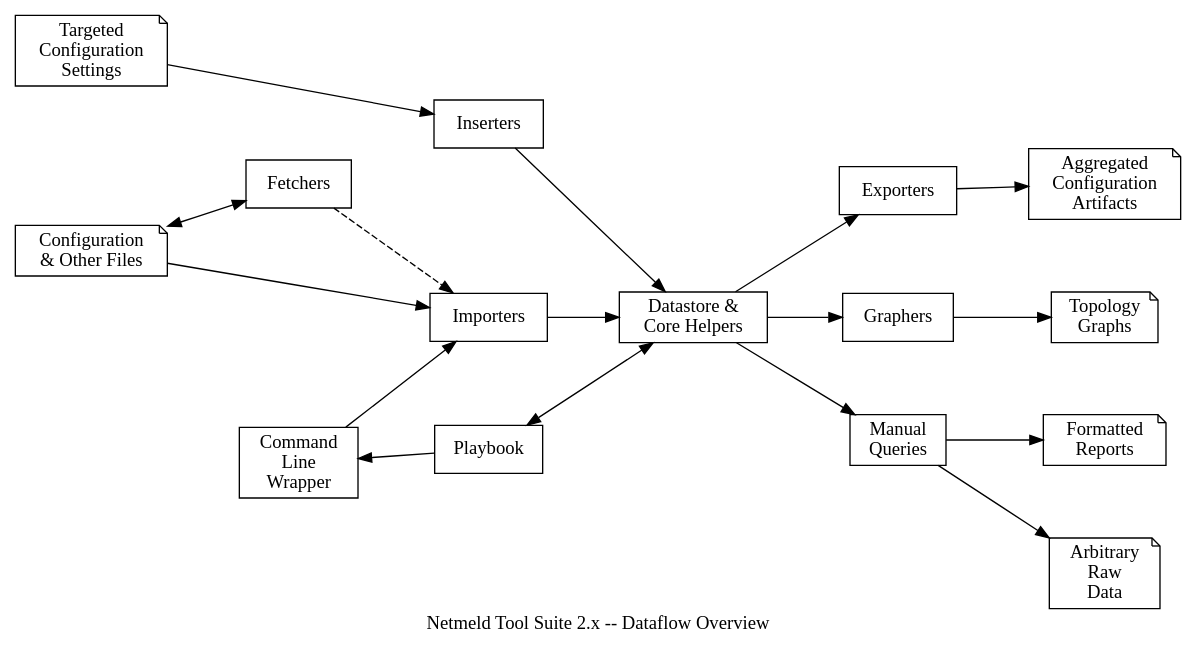
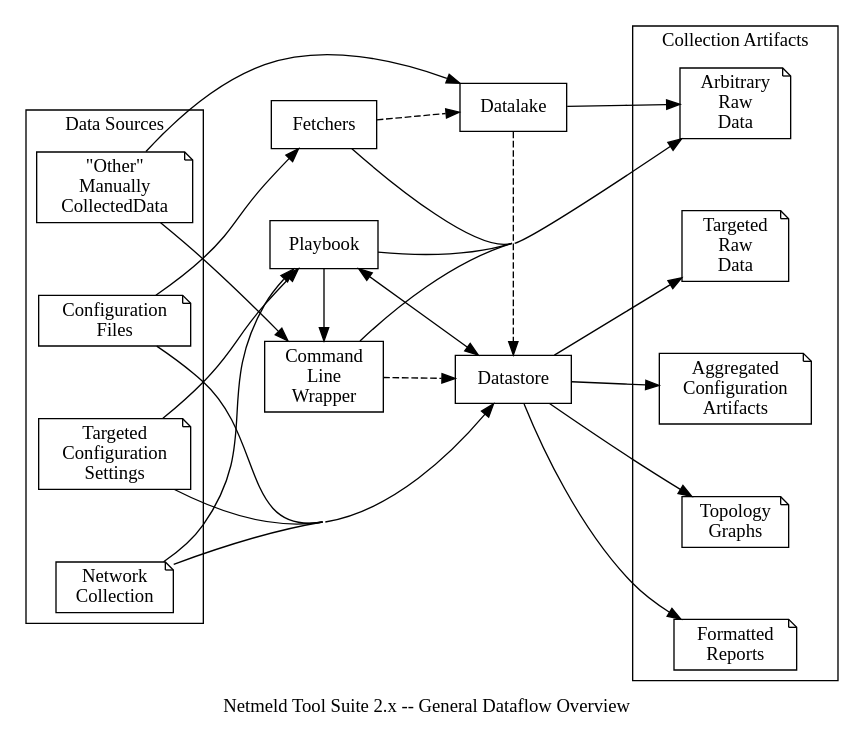
One commit to netmeld/netmeld changed the diagram in docs/netmeld-overview.dot. Above: the diagram before and after it, drawn with Graphviz. The commit also changed 4 other files, not shown here.

```diff
--- a/docs/netmeld-overview.dot
+++ b/docs/netmeld-overview.dot
@@ -1,70 +1,72 @@
 digraph netmeld {
   rankdir=LR;
   nodesep=0.75;
   ranksep=0.75;
   newrank=true;
   splines=spline;
+  compound=true;
+  concentrate=true;
 
-  label="Netmeld Tool Suite 2.x -- Dataflow Overview";
+  label="Netmeld Tool Suite 2.x -- General Dataflow Overview";
 
 
-  { // Sources
+  subgraph cluster_sources {
+    label="Data Sources";
     rank=same;
     node [shape=note];
-    srcManual [label="Targeted\nConfiguration\nSettings"];
-    srcConfigs [label="Configuration\n\& Other Files"];
+    srcTargeted [label="Targeted\nConfiguration\nSettings"];
+    srcConfigs [label="Configuration\nFiles"];
+    srcNetwork [label="Network\nCollection"];
+    srcOther [label="\"Other\"\nManually\nCollected\Data"];
   }
 
 
   // Modules
   node [shape=rectangle];
-  clw [label="Command\nLine\nWrapper"];
-  datastore [label="Datastore \&\nCore Helpers"];
-  exporters [label="Exporters"];
-  fetchers [label="Fetchers"];
-  graphers [label="Graphers"];
-  importers [label="Importers"];
-  inserters [label="Inserters"];
-  playbook [label="Playbook"];
-
-  queries [label="Manual\nQueries"];
+  {
+    rank=same;
+    datalake [label="Datalake"];
+    datastore [label="Datastore"];
+  }
+  {
+    rank=same;
+    fetchers [label="Fetchers"];
+    playbook [label="Playbook"];
+    tool_clw [label="Command\nLine\nWrapper"];
+  }
 
 
-  { // Artifacts
+  subgraph cluster_artifacts {
+    label="Collection Artifacts";
     rank=same;
     node [shape=note];
     artConfigs [label="Aggregated\nConfiguration\nArtifacts"];
     artGraphs [label="Topology\nGraphs"];
     artReports [label="Formatted\nReports"];
-    artRaw [label="Arbitrary\nRaw\nData"];
+    artArbitrary [label="Arbitrary\nRaw\nData"];
+    artTargeted [label="Targeted\nRaw\nData"];
   }
 
 
-  {rank=same; fetchers clw}
-  {rank=same; inserters importers playbook}
-  {rank=same; exporters graphers queries}
+  // Source to modules
+  srcTargeted->{datastore playbook};
+  srcConfigs->{datastore fetchers};
+  srcNetwork->{datastore playbook};
+  srcOther->{datalake tool_clw};
 
-  // Sources modules
-  srcManual->inserters;
-  srcConfigs->importers;
-  srcConfigs->fetchers [dir="both"];
-  fetchers->importers [style="dashed"];
+  // Module to modules
+  // -- loose coupling
+  datalake->datastore [style="dashed"];
+  fetchers->datalake [style="dashed"];
+  tool_clw->datastore [style="dashed"];
+  // -- hard coupling
+  playbook->datastore [dir="both"];
+  playbook->tool_clw;
 
-  // Modules to modules
-  clw->importers;
-  playbook->clw;
-
-  // Modules to datastore
-  inserters->datastore;
-  importers->datastore;
-  playbook->datastore [dir="both"];
-
-  // Datastore to modules
-  datastore->{exporters graphers queries};
-
-  // Modules to artifacts
-  exporters->artConfigs;
-  graphers->artGraphs;
-  queries->{artReports artRaw};
-
+  // Module to artifacts
+  datastore->{artConfigs artGraphs artReports artTargeted};
+  datalake->{artArbitrary};
+  fetchers->{artArbitrary};
+  playbook->{artArbitrary};
+  tool_clw->{artArbitrary};
 }
```
